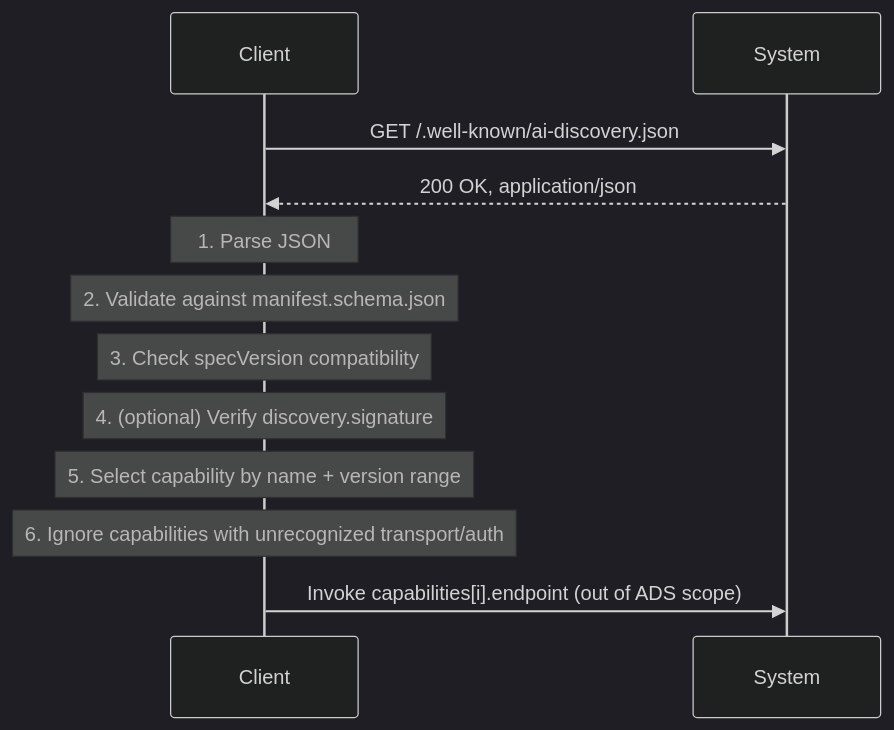
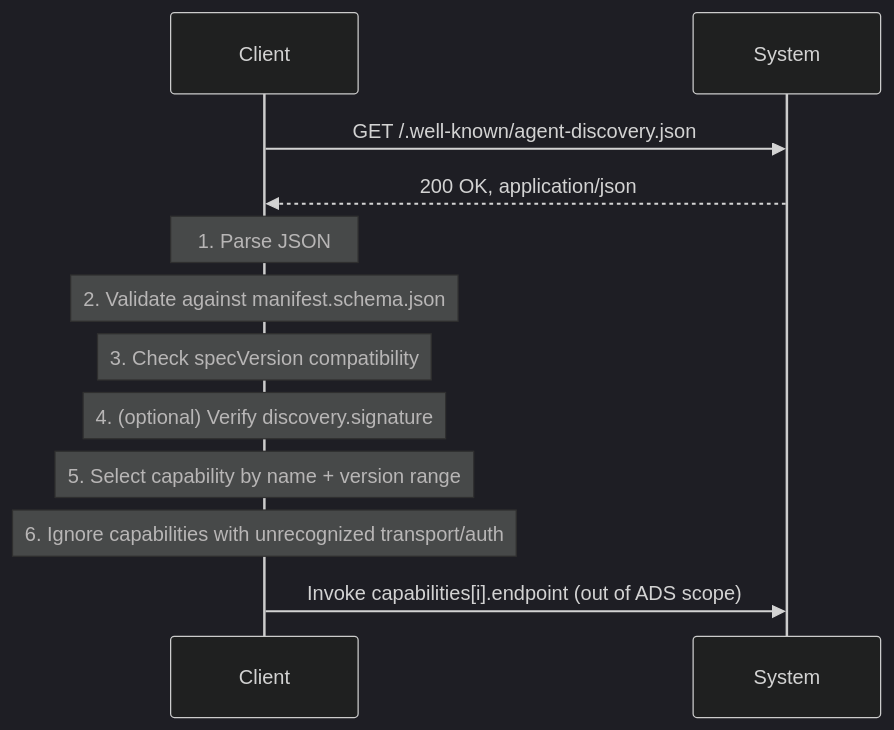
The diagram in spec/03-discovery-flow.md (Cheela-Labs/agent-discovery-spec), drawn with Mermaid (dark theme) before and after one commit. The commit also changed other lines of this file and 8 other files, not shown here.

First line of the commit message:
Rename to Agent Discovery Specification

````diff
--- a/spec/03-discovery-flow.md
+++ b/spec/03-discovery-flow.md
@@ -61,17 +61,17 @@
 ```mermaid
 sequenceDiagram
     participant Client
     participant System
 
-    Client->>System: GET /.well-known/ai-discovery.json
+    Client->>System: GET /.well-known/agent-discovery.json
     System-->>Client: 200 OK, application/json
 
     Note over Client: 1. Parse JSON
     Note over Client: 2. Validate against manifest.schema.json
     Note over Client: 3. Check specVersion compatibility
     Note over Client: 4. (optional) Verify discovery.signature
     Note over Client: 5. Select capability by name + version range
     Note over Client: 6. Ignore capabilities with unrecognized transport/auth
 
     Client->>System: Invoke capabilities[i].endpoint (out of ADS scope)
 ```
````
